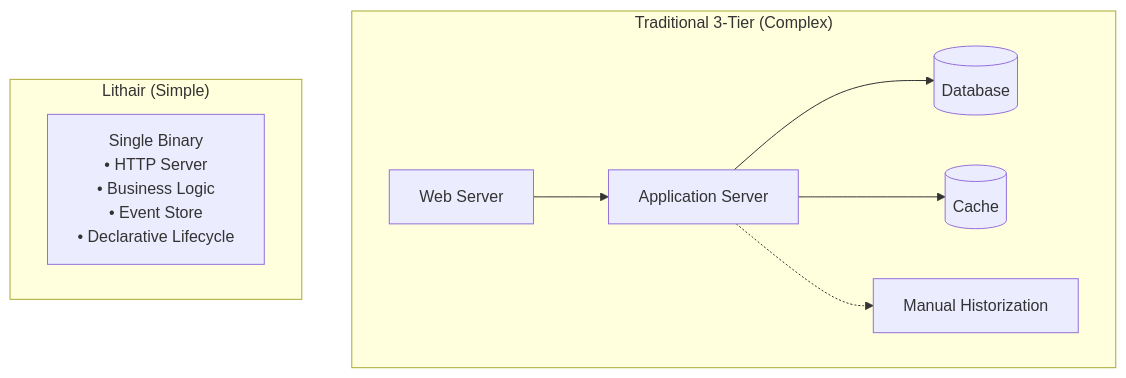
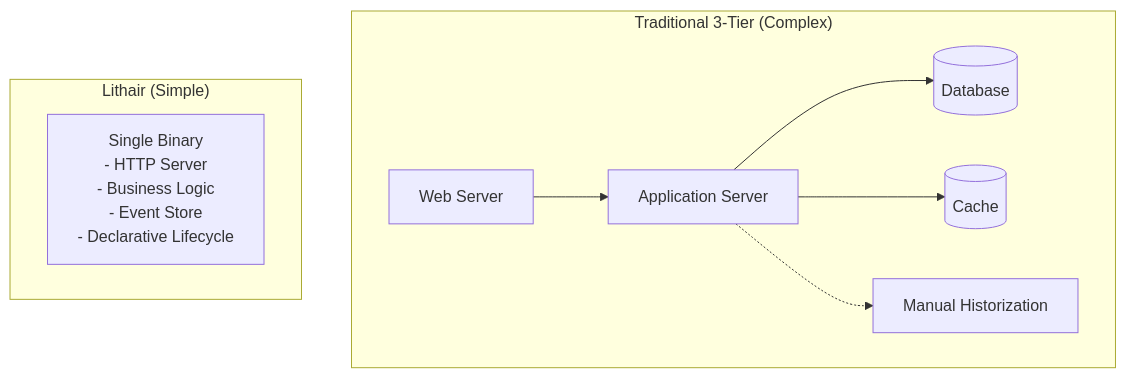
One commit to lithair/lithair changed the first of 15 diagrams in docs/architecture/system-design.md. Above: the diagram before and after it, drawn with Mermaid. The commit also changed other lines of this file and 84 other files, not shown here.

````diff
--- a/docs/architecture/system-design.md
+++ b/docs/architecture/system-design.md
@@ -37,17 +37,17 @@
 ```mermaid
 graph TB
     subgraph "Traditional 3-Tier (Complex)"
         WEB[Web Server]
         APP[Application Server]
         DB[(Database)]
         CACHE[(Cache)]
         WEB --> APP
         APP --> DB
         APP --> CACHE
         APP -.-> HIST[Manual Historization]
     end
 
     subgraph "Lithair (Simple)"
-        SINGLE["Single Binary\n• HTTP Server\n• Business Logic\n• Event Store\n• Declarative Lifecycle"]
+        SINGLE["Single Binary\n- HTTP Server\n- Business Logic\n- Event Store\n- Declarative Lifecycle"]
     end
 ```
````
